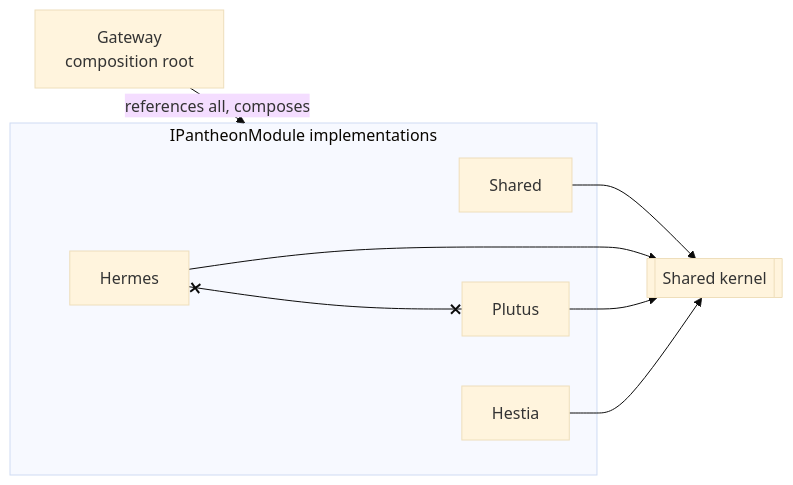
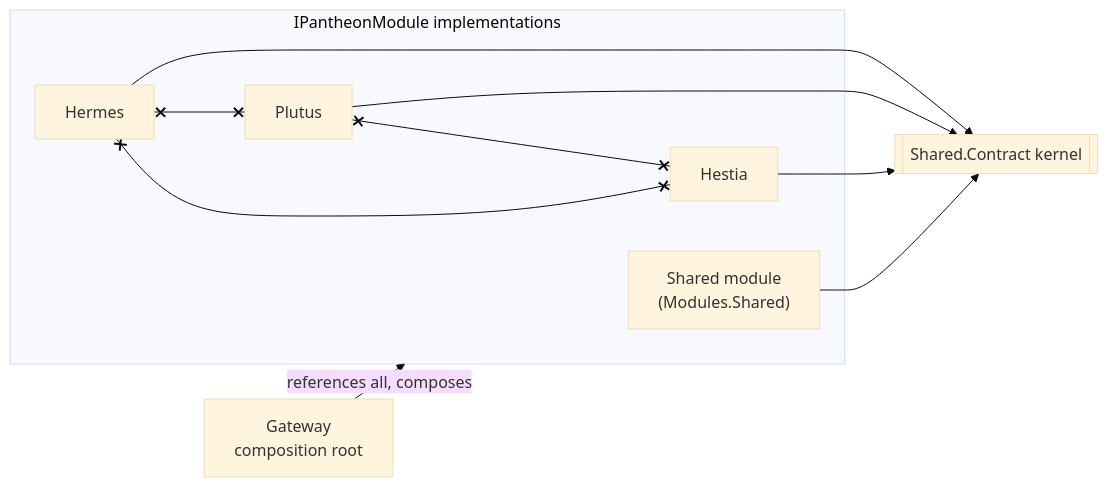
One commit to davwales/ouranos-pantheon changed the diagram in docs/architecture/04-solution-strategy.md. Above: the diagram before and after it, drawn with Mermaid (base theme). The commit also changed other lines of this file and 20 other files, not shown here.

````diff
--- a/docs/architecture/04-solution-strategy.md
+++ b/docs/architecture/04-solution-strategy.md
@@ -22,20 +24,22 @@
 ```mermaid
 graph LR
     G["Gateway<br/>composition root"]
 
     subgraph modules["IPantheonModule implementations"]
-        M1["Shared"]
+        M1["Shared module<br/>(Modules.Shared)"]
         M2["Hermes"]
         M3["Plutus"]
         M4["Hestia"]
     end
 
-    K[["Shared kernel"]]
+    K[["Shared.Contract kernel"]]
 
     G -- references all, composes --> modules
     M1 --> K
     M2 --> K
     M3 --> K
     M4 --> K
     M2 x--x M3
+    M2 x--x M4
+    M3 x--x M4
 ```
````
